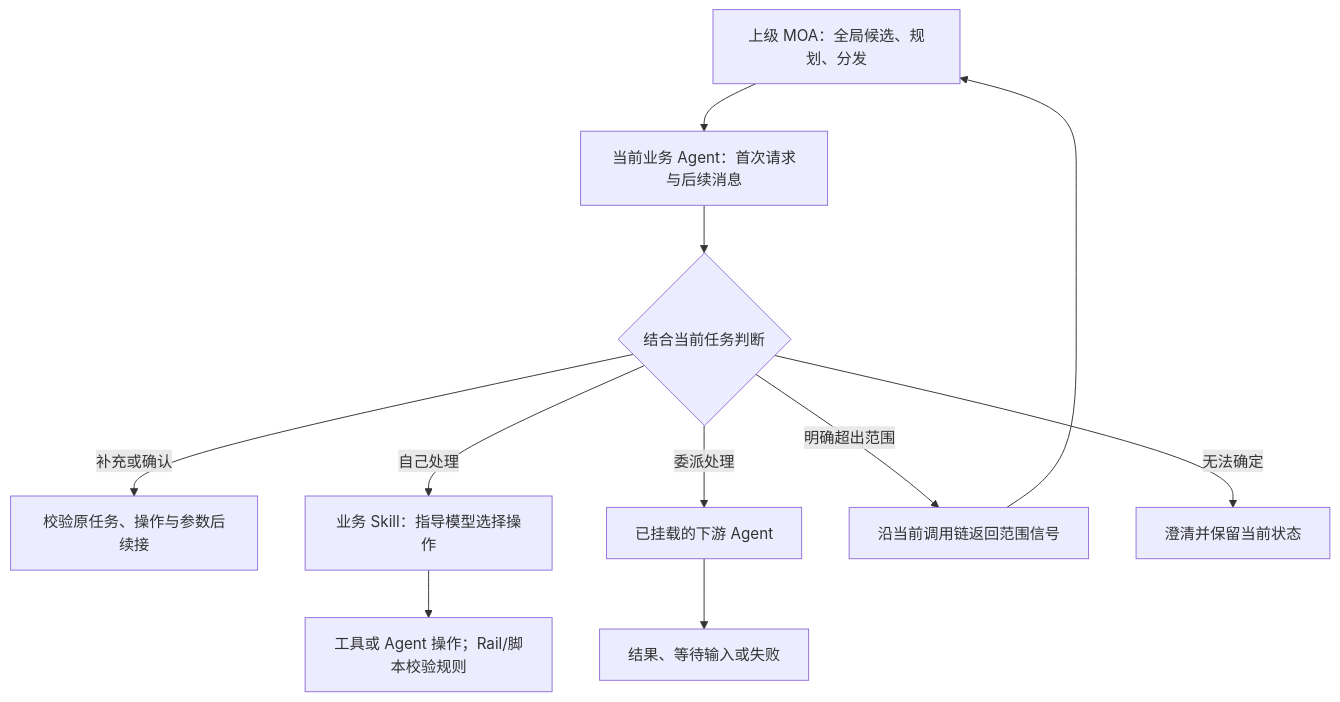
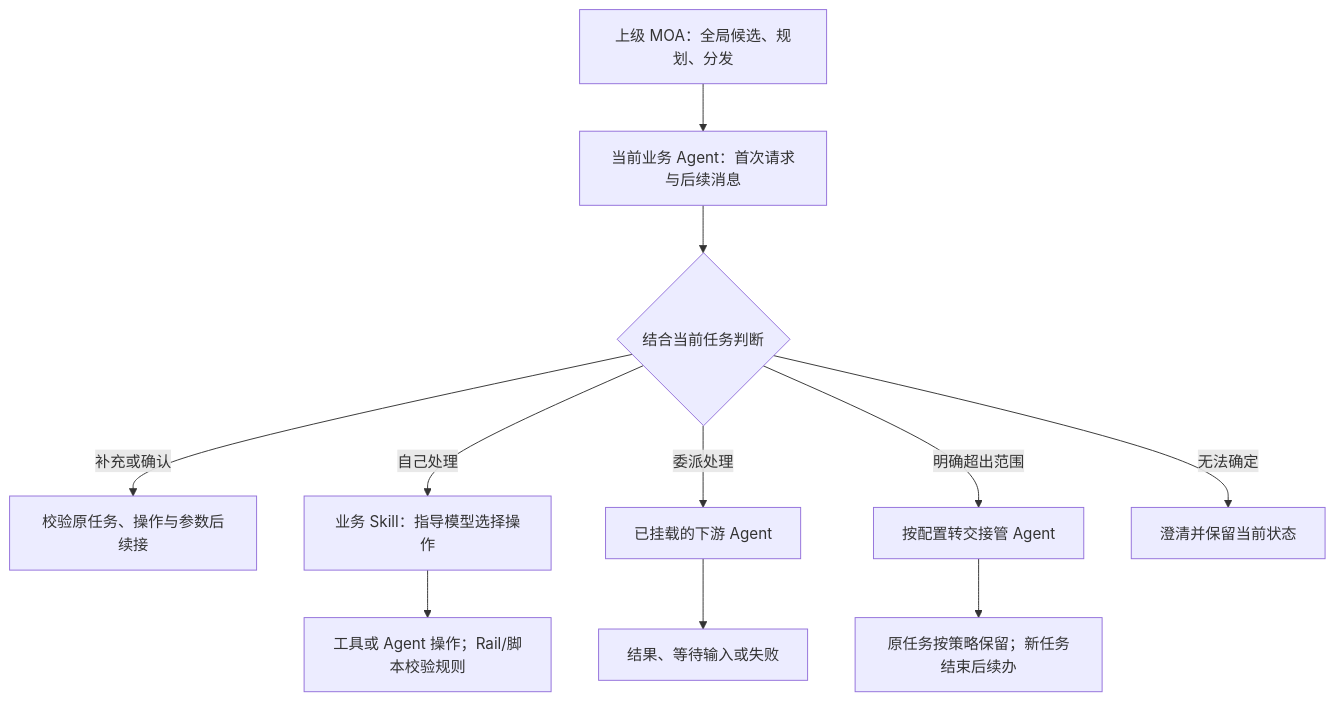
The diagram in docs/MOA业务Agent分层与转交规则分析.md (Vincenttao/agent-builder-java), drawn with Mermaid before and after one commit. The commit also changed other lines of this file and 10 other files, not shown here.

````diff
--- a/docs/MOA业务Agent分层与转交规则分析.md
+++ b/docs/MOA业务Agent分层与转交规则分析.md
@@ -11,13 +13,13 @@
 ```mermaid
 flowchart TD
   P[上级 MOA：全局候选、规划、分发] --> B[当前业务 Agent：首次请求与后续消息]
   B --> C{结合当前任务判断}
   C -->|补充或确认| R[校验原任务、操作与参数后续接]
   C -->|自己处理| S[业务 Skill：指导模型选择操作]
   C -->|委派处理| A[已挂载的下游 Agent]
-  C -->|明确超出范围| U[沿当前调用链返回范围信号]
-  U --> P
+  C -->|明确超出范围| U[按配置转交接管 Agent]
+  U --> TQ[原任务按策略保留；新任务结束后续办]
   C -->|无法确定| Q[澄清并保留当前状态]
   S --> T[工具或 Agent 操作；Rail/脚本校验规则]
   A --> W[结果、等待输入或失败]
 ```
````
